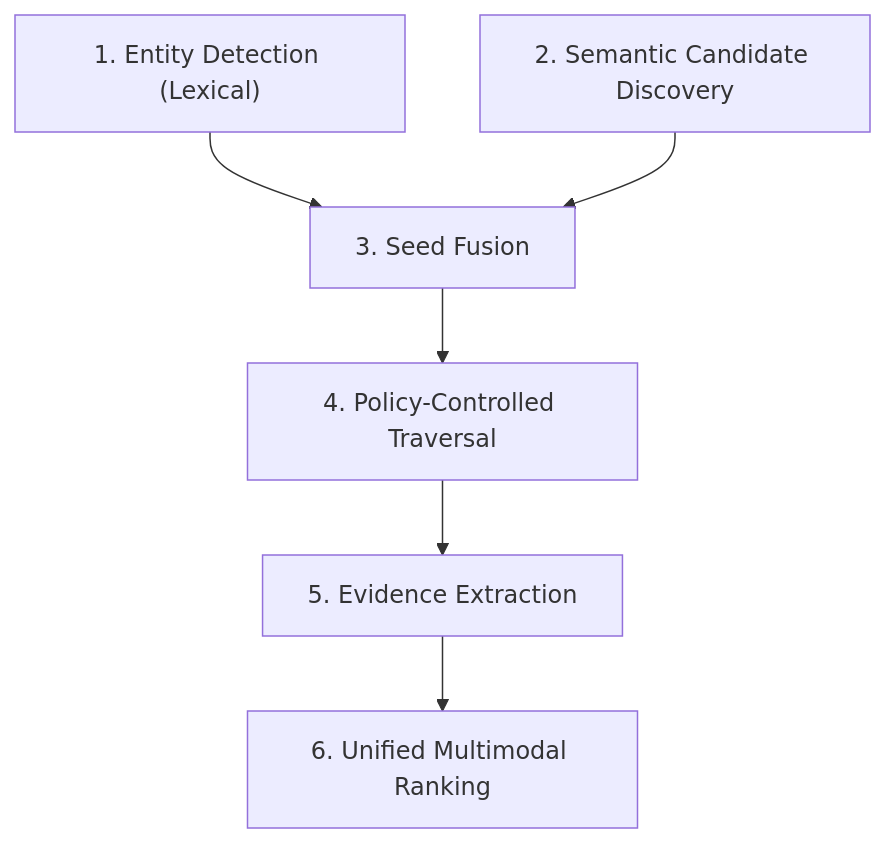
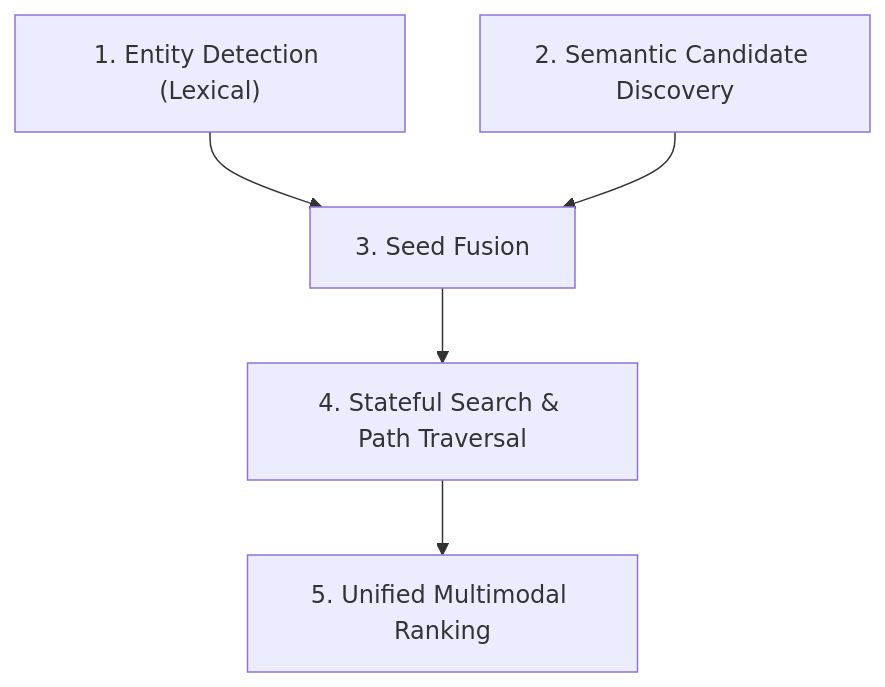
Before and after one commit to Vicky-258/Graphyra: the diagram in architecture.md, drawn with Mermaid. The commit also changed other lines of this file and 54 other files, not shown here.

````diff
--- a/architecture.md
+++ b/architecture.md
@@ -11,8 +11,7 @@
 ```mermaid
 graph TD
     A["1. Entity Detection (Lexical)"] --> C["3. Seed Fusion"]
     B["2. Semantic Candidate Discovery"] --> C
-    C --> D["4. Policy-Controlled Traversal"]
-    D --> E["5. Evidence Extraction"]
-    E --> F["6. Unified Multimodal Ranking"]
+    C --> D["4. Stateful Search & Path Traversal"]
+    D --> E["5. Unified Multimodal Ranking"]
 ```
````
